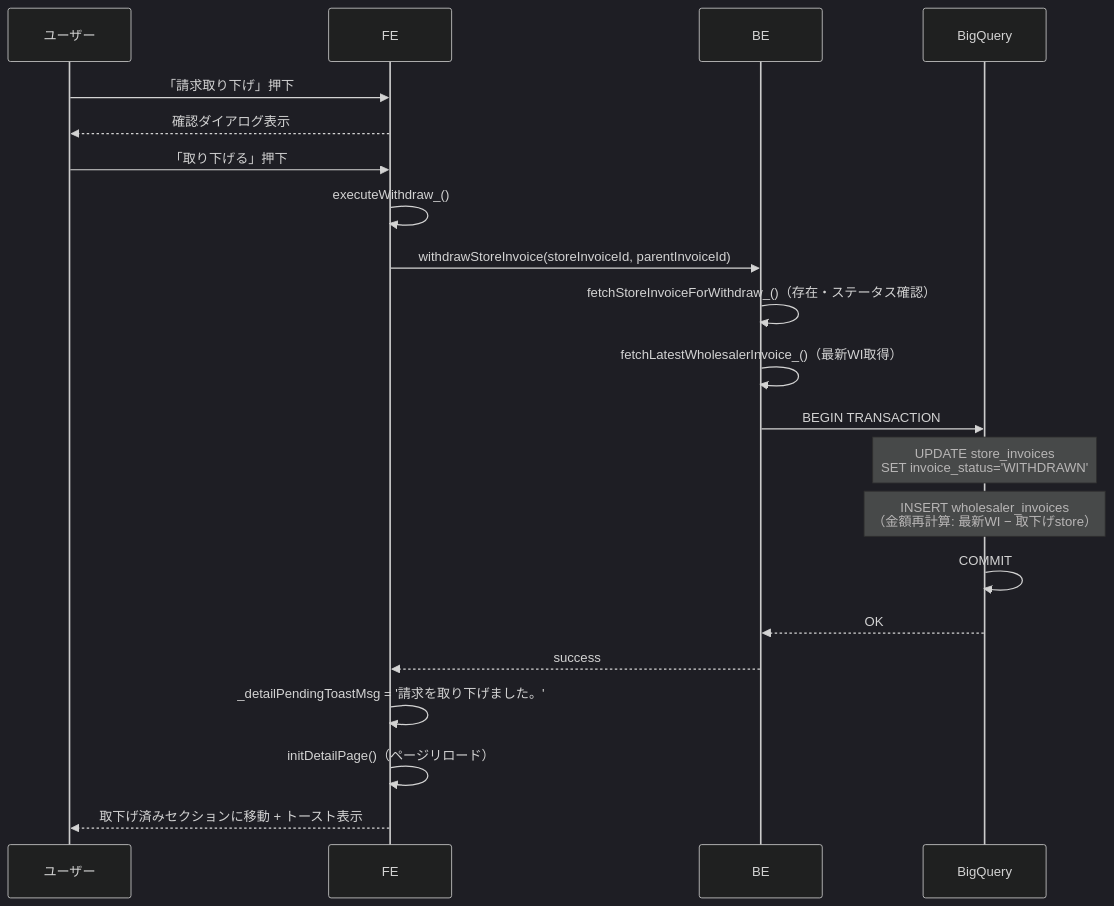
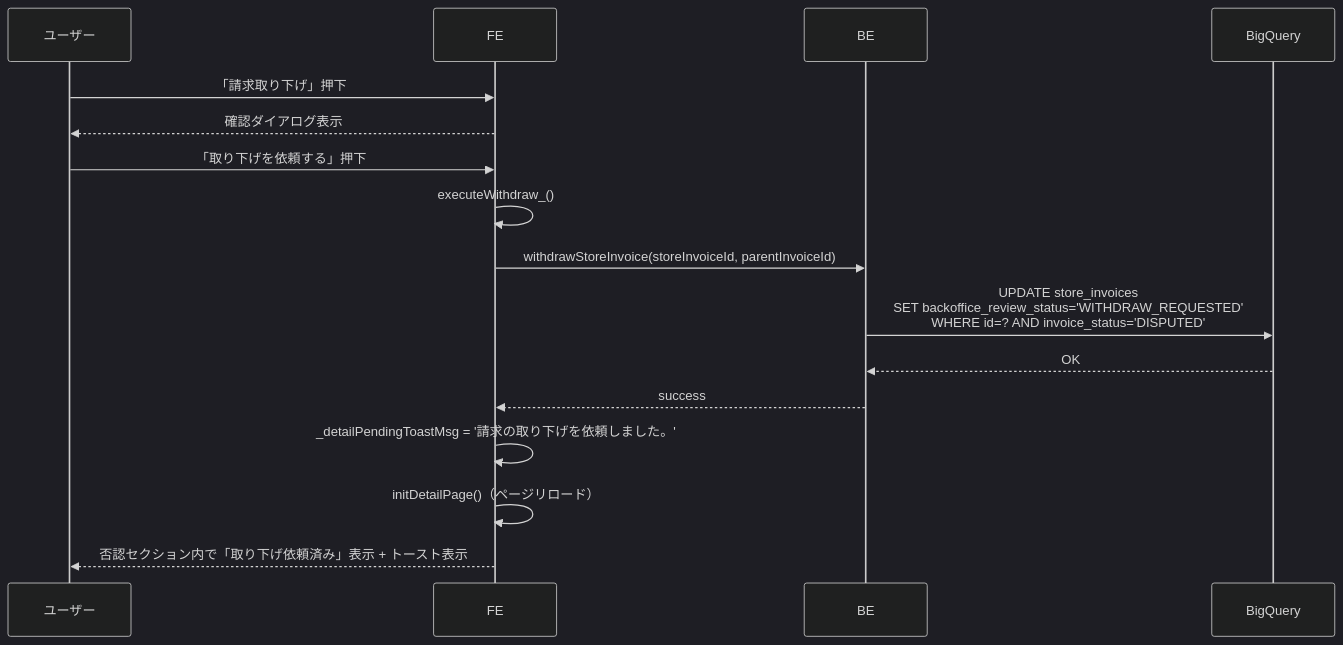
Before and after one commit to USEN-PAY-Products/connect-wholesale-gas-poc: diagram 12 of 17 in docs/specifications/04_detail_page.md, drawn with Mermaid (dark theme). The commit also changed other lines of this file and 11 other files, not shown here.

````diff
--- a/docs/specifications/04_detail_page.md
+++ b/docs/specifications/04_detail_page.md
@@ -336,25 +342,20 @@
 ```mermaid
 sequenceDiagram
     participant U as ユーザー
     participant FE as FE
     participant BE as BE
     participant BQ as BigQuery
 
     U->>FE: 「請求取り下げ」押下
     FE-->>U: 確認ダイアログ表示
 
-    U->>FE: 「取り下げる」押下
+    U->>FE: 「取り下げを依頼する」押下
     FE->>FE: executeWithdraw_()
     FE->>BE: withdrawStoreInvoice(storeInvoiceId, parentInvoiceId)
-    BE->>BE: fetchStoreInvoiceForWithdraw_()（存在・ステータス確認）
-    BE->>BE: fetchLatestWholesalerInvoice_()（最新WI取得）
-    BE->>BQ: BEGIN TRANSACTION
-    Note over BQ: UPDATE store_invoices<br/>SET invoice_status='WITHDRAWN'
-    Note over BQ: INSERT wholesaler_invoices<br/>（金額再計算: 最新WI − 取下げstore）
-    BQ->>BQ: COMMIT
+    BE->>BQ: UPDATE store_invoices<br/>SET backoffice_review_status='WITHDRAW_REQUESTED'<br/>WHERE id=? AND invoice_status='DISPUTED'
     BQ-->>BE: OK
     BE-->>FE: success
-    FE->>FE: _detailPendingToastMsg = '請求を取り下げました。'
+    FE->>FE: _detailPendingToastMsg = '請求の取り下げを依頼しました。'
     FE->>FE: initDetailPage()（ページリロード）
-    FE-->>U: 取下げ済みセクションに移動 + トースト表示
+    FE-->>U: 否認セクション内で「取り下げ依頼済み」表示 + トースト表示
 ```
````
